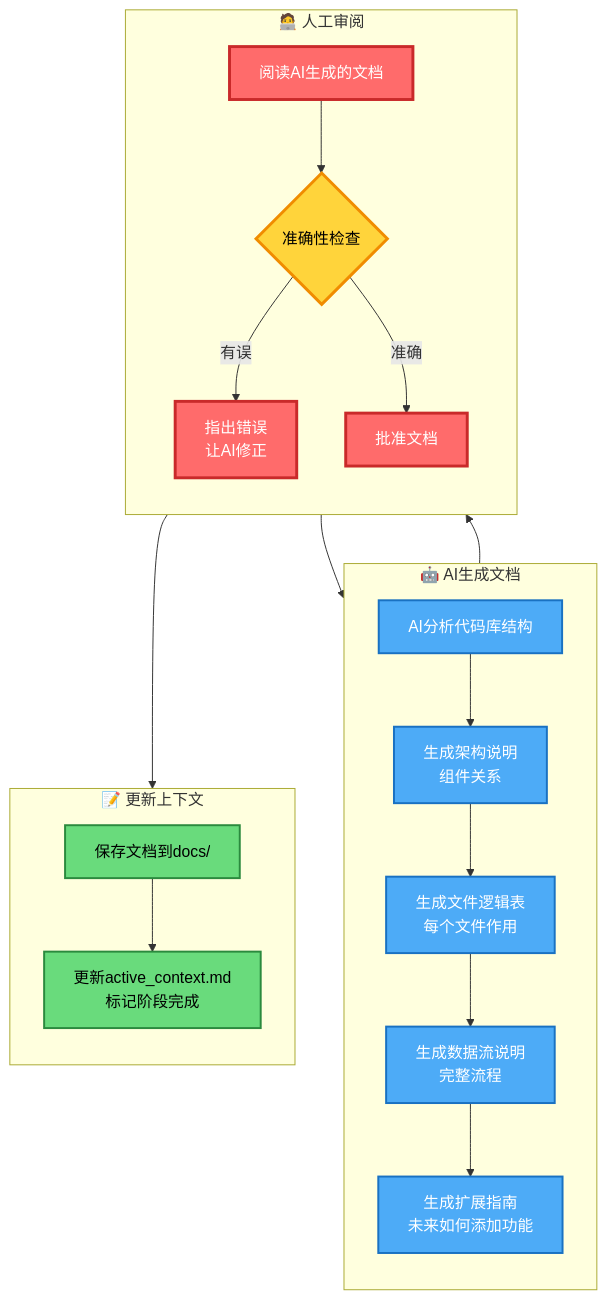
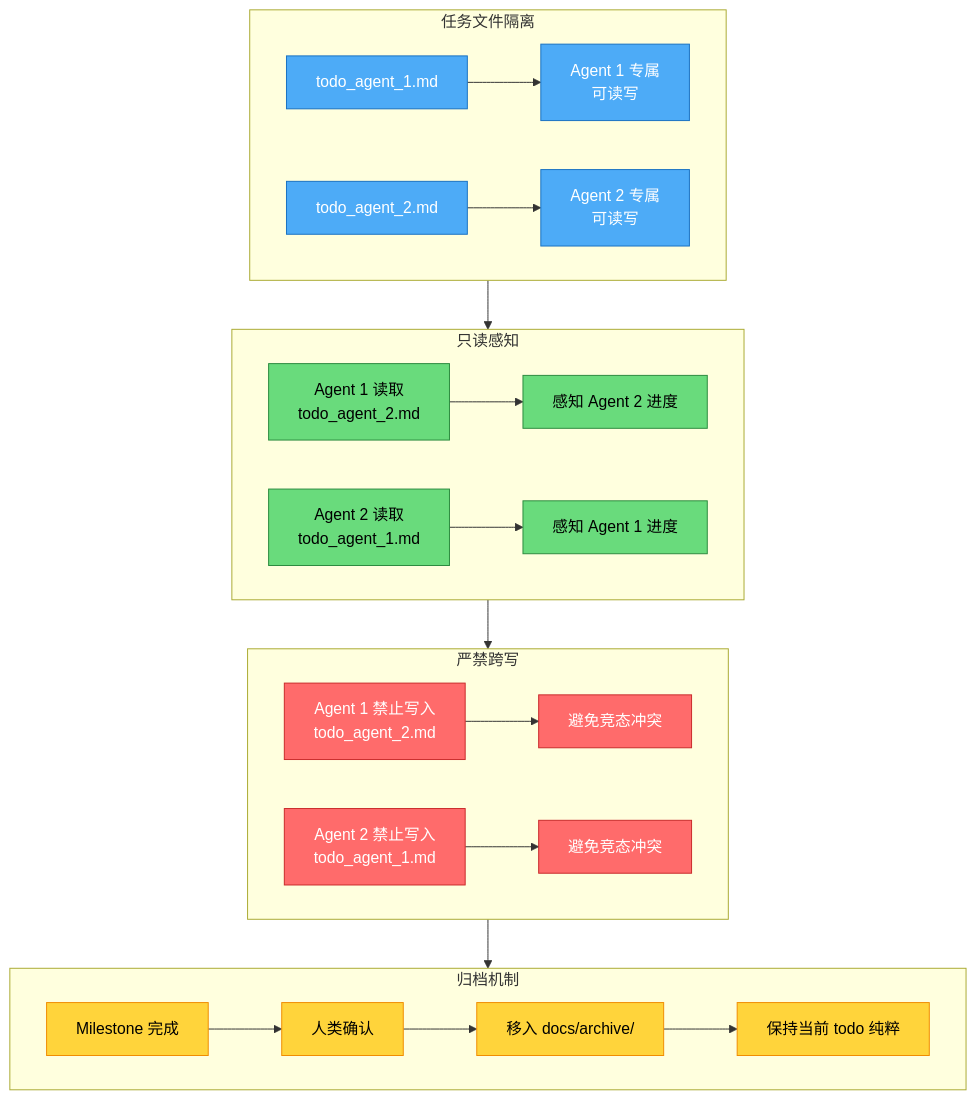
Before and after one commit to wzhulifantastic/myCodingMethod: the second of 3 diagrams in VibeCodingMethod_31Jan2026.md, drawn with Mermaid. The commit also changed other lines of this file, not shown here.

````diff
--- a/VibeCodingMethod_31Jan2026.md
+++ b/VibeCodingMethod_31Jan2026.md
@@ -1680,35 +105,35 @@
 ```mermaid
 flowchart TB
-    subgraph AIGenDoc["🤖 AI生成文档"]
-        direction TB
-        A1[AI分析代码库结构] --> A2[生成架构说明<br/>组件关系]
-        A2 --> A3[生成文件逻辑表<br/>每个文件作用]
-        A3 --> A4[生成数据流说明<br/>完整流程]
-        A4 --> A5[生成扩展指南<br/>未来如何添加功能]
+    subgraph TodoFiles["任务文件隔离"]
+        T1["todo_agent_1.md"] --> T2["Agent 1 专属<br/>可读写"]
+        T3["todo_agent_2.md"] --> T4["Agent 2 专属<br/>可读写"]
     end
     
-    subgraph HumanReview["🧑‍💻 人工审阅"]
-        direction TB
-        H1[阅读AI生成的文档] --> H2{准确性检查}
-        H2 -->|有误| H3[指出错误<br/>让AI修正]
-        H3 --> A1
-        H2 -->|准确| H4[批准文档]
+    subgraph ReadOnly["只读感知"]
+        R1["Agent 1 读取<br/>todo_agent_2.md"] --> R2["感知 Agent 2 进度"]
+        R3["Agent 2 读取<br/>todo_agent_1.md"] --> R4["感知 Agent 1 进度"]
     end
     
-    subgraph UpdateContext["📝 更新上下文"]
-        direction TB
-        U1[保存文档到docs/] --> U2[更新active_context.md<br/>标记阶段完成]
+    subgraph Forbidden["严禁跨写"]
+        F1["Agent 1 禁止写入<br/>todo_agent_2.md"] --> F2["避免竞态冲突"]
+        F3["Agent 2 禁止写入<br/>todo_agent_1.md"] --> F4["避免竞态冲突"]
     end
     
-    AIGenDoc --> HumanReview --> UpdateContext
+    subgraph Archive["归档机制"]
+        A1["Milestone 完成"] --> A2["人类确认"]
+        A2 --> A3["移入 docs/archive/"]
+        A3 --> A4["保持当前 todo 纯粹"]
+    end
     
-    classDef humanStep fill:#ff6b6b,stroke:#c92a2a,stroke-width:3px,color:#fff
-    classDef aiStep fill:#4dabf7,stroke:#1971c2,stroke-width:2px,color:#fff
-    classDef fileStep fill:#69db7c,stroke:#2b8a3e,stroke-width:2px,color:#000
-    classDef decision fill:#ffd43b,stroke:#f08c00,stroke-width:3px,color:#000
+    TodoFiles --> ReadOnly --> Forbidden --> Archive
     
-    class H1,H2,H3,H4 humanStep
-    class A1,A2,A3,A4,A5 aiStep
-    class U1,U2 fileStep
-    class H2 decision
+    classDef own fill:#4dabf7,stroke:#1971c2,color:#fff
+    classDef readonly fill:#69db7c,stroke:#2b8a3e,color:#000
+    classDef forbid fill:#ff6b6b,stroke:#c92a2a,color:#fff
+    classDef archive fill:#ffd43b,stroke:#f08c00,color:#000
+    
+    class T1,T2,T3,T4 own
+    class R1,R2,R3,R4 readonly
+    class F1,F2,F3,F4 forbid
+    class A1,A2,A3,A4 archive
 ```
````
